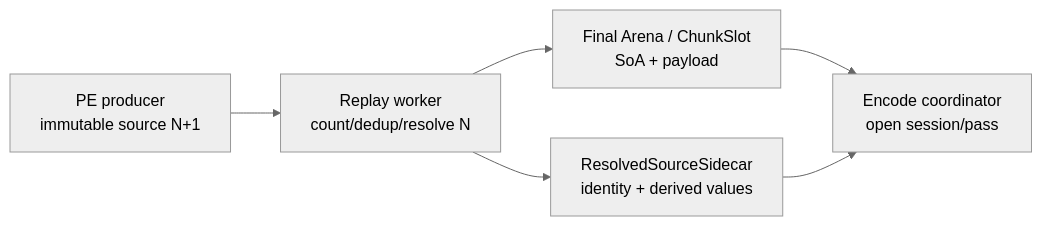
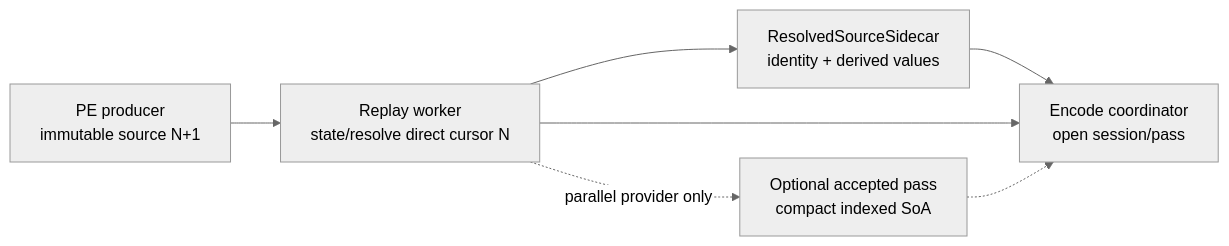
The fifth of 15 diagrams in specs/archicture/spec.md (dfdgsdfg/dxmt9), drawn with Mermaid (neutral theme) before and after one commit. The commit also changed other lines of this file and 7 other files, not shown here.

Commit message:
docs: define direct cursor execution topology

````diff
--- a/specs/archicture/spec.md
+++ b/specs/archicture/spec.md
@@ -406,14 +418,15 @@
 ```mermaid
 flowchart LR
     P["PE producer\nimmutable source N+1"]
-    R["Replay worker\ncount/dedup/resolve N"]
-    A["Final Arena / ChunkSlot\nSoA + payload"]
+    R["Replay worker\nstate/resolve direct cursor N"]
+    A["Optional accepted pass\ncompact indexed SoA"]
     S["ResolvedSourceSidecar\nidentity + derived values"]
     E["Encode coordinator\nopen session/pass"]
 
     P --> R
-    R --> A
     R --> S
-    A --> E
     S --> E
+    R --> E
+    R -.->|parallel provider only| A
+    A -.-> E
 ```
````
